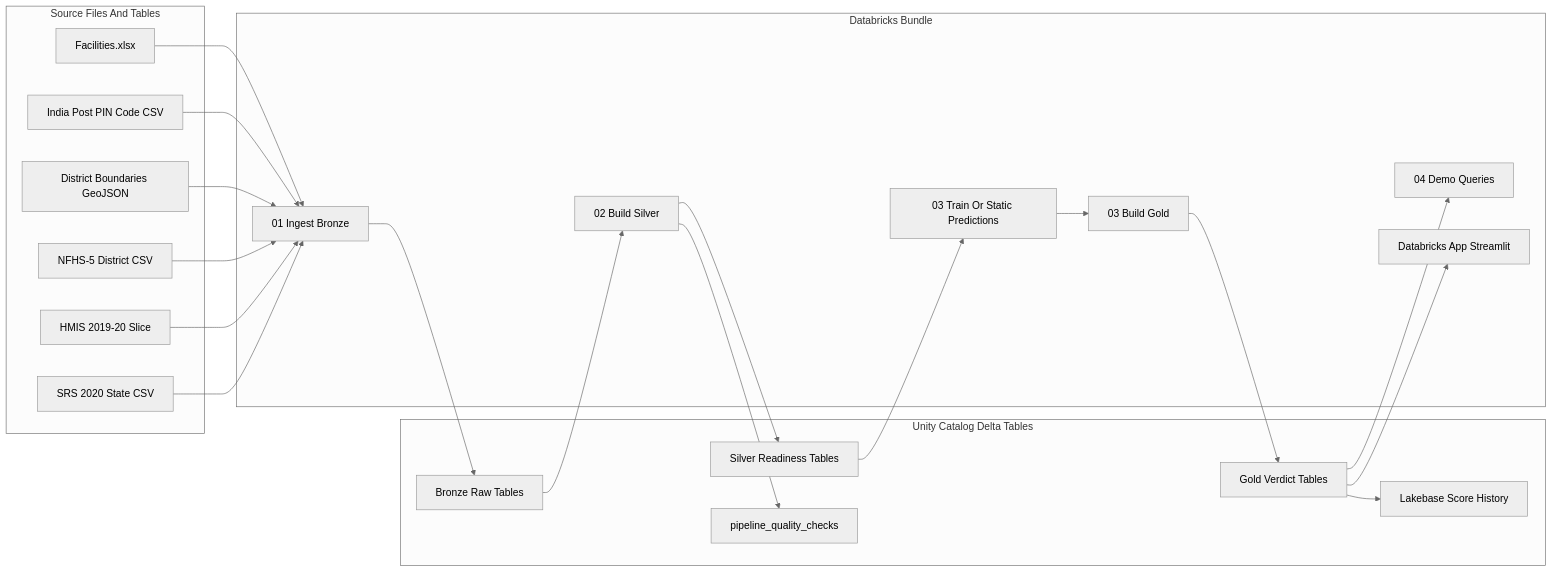
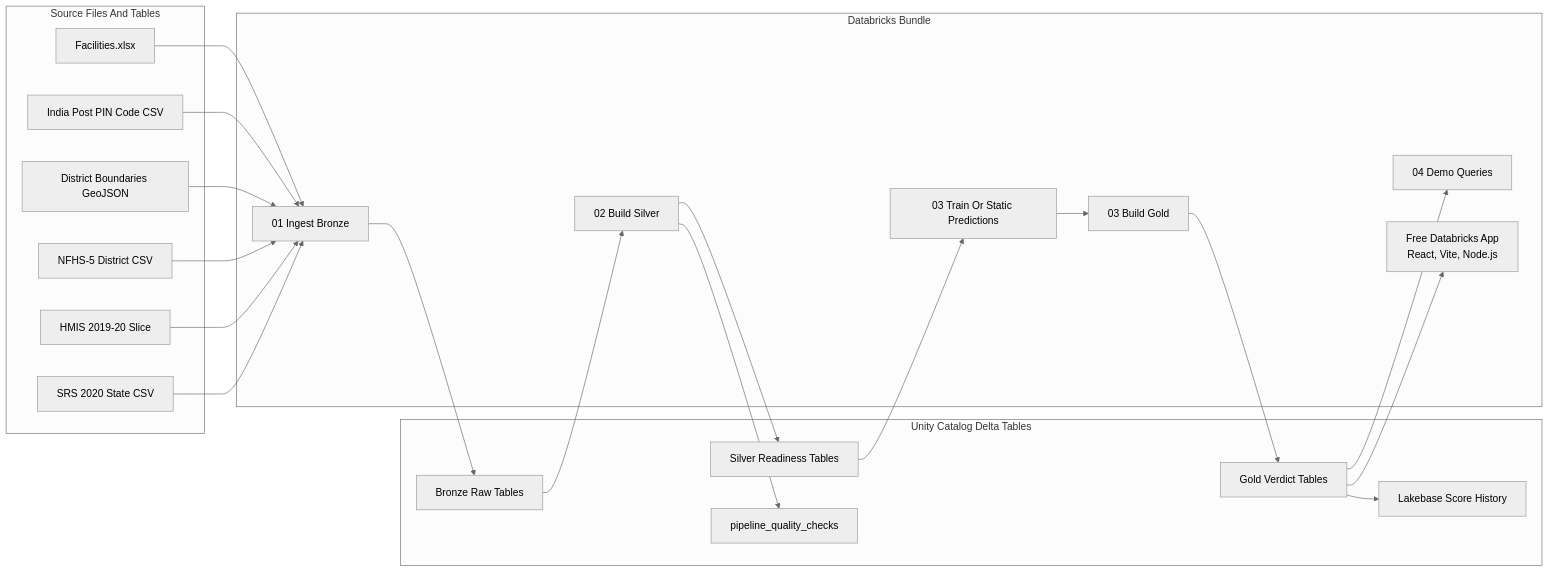
One commit to d-padmanabhan/dais-2026-data-readiness-desk changed the first of 4 diagrams in docs/diagrams.md. Above: the diagram before and after it, drawn with Mermaid (neutral theme). The commit also changed 42 other files, not shown here.

First line of the commit message:
feat(app): add Databricks App and readiness helpers

````diff
--- a/docs/diagrams.md
+++ b/docs/diagrams.md
@@ -16,45 +16,45 @@
 ```mermaid
 flowchart LR
   subgraph source [Source Files And Tables]
     FacilitiesFile["Facilities.xlsx"]
     PincodeCsv["India Post PIN Code CSV"]
     BoundaryGeojson["District Boundaries GeoJSON"]
     NfhsCsv["NFHS-5 District CSV"]
     HmisCsv["HMIS 2019-20 Slice"]
     SrsCsv["SRS 2020 State CSV"]
   end
 
   subgraph bundle [Databricks Bundle]
     BronzeNotebook["01 Ingest Bronze"]
     SilverNotebook["02 Build Silver"]
     ModelNotebook["03 Train Or Static Predictions"]
     GoldNotebook["03 Build Gold"]
     DemoNotebook["04 Demo Queries"]
-    App["Databricks App Streamlit"]
+    App["Free Databricks App<br/>React, Vite, Node.js"]
   end
 
   subgraph tables [Unity Catalog Delta Tables]
     BronzeTables["Bronze Raw Tables"]
     SilverTables["Silver Readiness Tables"]
     GoldTables["Gold Verdict Tables"]
     Lakebase["Lakebase Score History"]
     QualityChecks["pipeline_quality_checks"]
   end
 
   FacilitiesFile --> BronzeNotebook
   PincodeCsv --> BronzeNotebook
   BoundaryGeojson --> BronzeNotebook
   NfhsCsv --> BronzeNotebook
   HmisCsv --> BronzeNotebook
   SrsCsv --> BronzeNotebook
   BronzeNotebook --> BronzeTables
   BronzeTables --> SilverNotebook
   SilverNotebook --> SilverTables
   SilverNotebook --> QualityChecks
   SilverTables --> ModelNotebook
   ModelNotebook --> GoldNotebook
   GoldNotebook --> GoldTables
   GoldTables --> Lakebase
   GoldTables --> DemoNotebook
   GoldTables --> App
 ```
````
